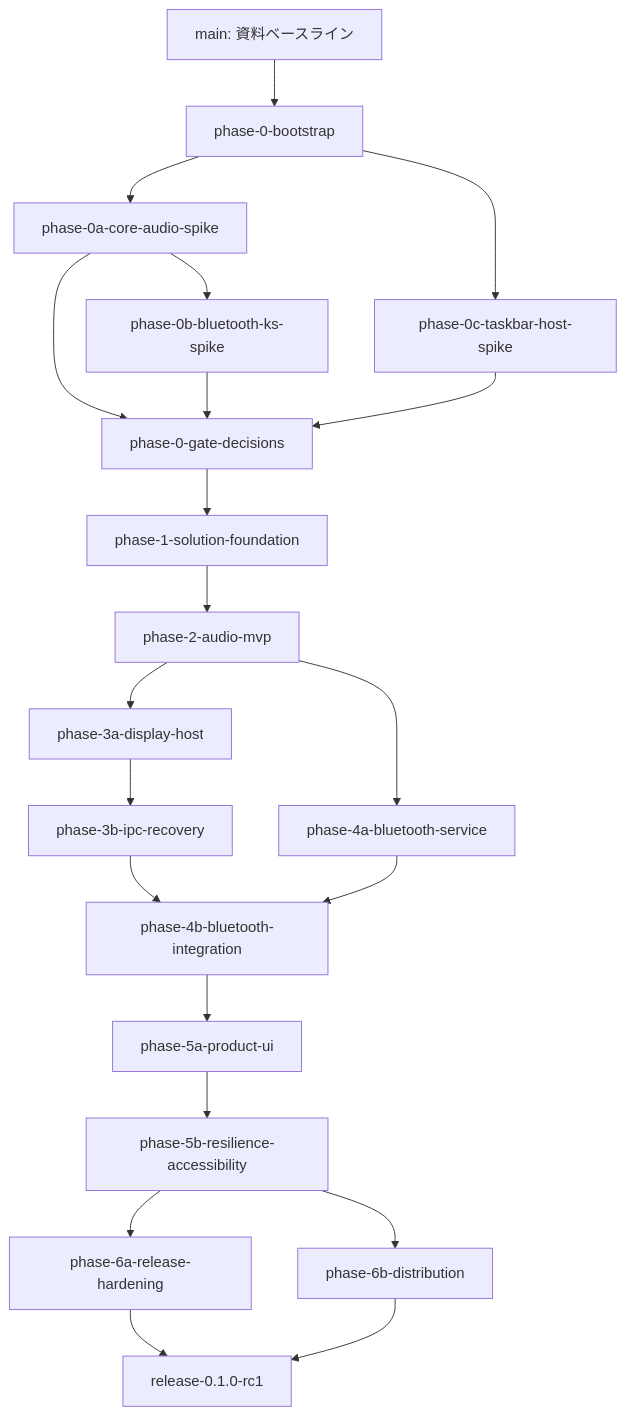
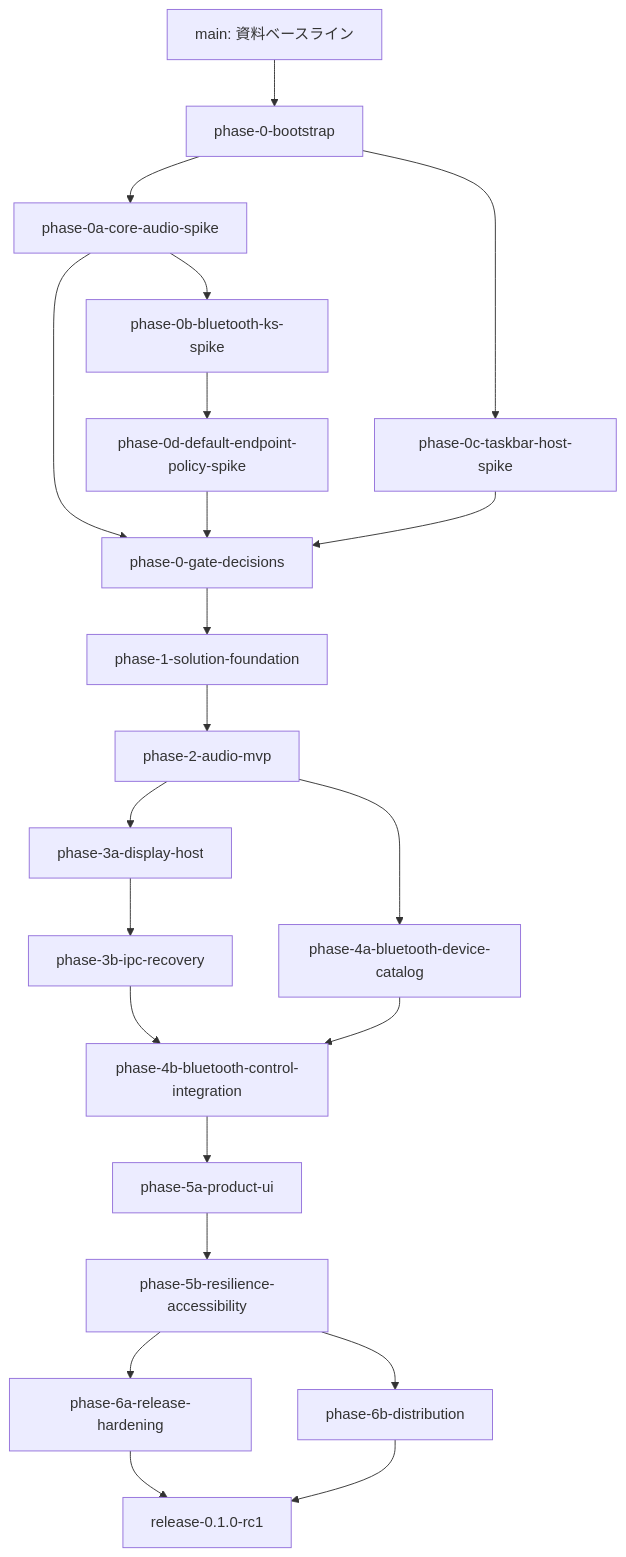
The diagram in docs/QuickPods_ブランチ別実装ロードマップ.md (rimtty/QuickPods), drawn with Mermaid before and after one commit. The commit also changed other lines of this file and 9 other files, not shown here.

Commit message:
docs(bluetooth): redesign multi-device selection flow

````diff
--- a/docs/QuickPods_ブランチ別実装ロードマップ.md
+++ b/docs/QuickPods_ブランチ別実装ロードマップ.md
@@ -72,23 +72,24 @@
 ```mermaid
 flowchart TD
     Seed["main: 資料ベースライン"] --> Bootstrap["phase-0-bootstrap"]
     Bootstrap --> AudioSpike["phase-0a-core-audio-spike"]
     Bootstrap --> TaskbarSpike["phase-0c-taskbar-host-spike"]
     AudioSpike --> BluetoothSpike["phase-0b-bluetooth-ks-spike"]
     AudioSpike --> Gate["phase-0-gate-decisions"]
-    BluetoothSpike --> Gate
+    BluetoothSpike --> DefaultPolicySpike["phase-0d-default-endpoint-policy-spike"]
+    DefaultPolicySpike --> Gate
     TaskbarSpike --> Gate
     Gate --> Foundation["phase-1-solution-foundation"]
     Foundation --> AudioMvp["phase-2-audio-mvp"]
     AudioMvp --> DisplayHost["phase-3a-display-host"]
-    AudioMvp --> BluetoothService["phase-4a-bluetooth-service"]
+    AudioMvp --> BluetoothService["phase-4a-bluetooth-device-catalog"]
     DisplayHost --> Runtime["phase-3b-ipc-recovery"]
-    Runtime --> BluetoothIntegration["phase-4b-bluetooth-integration"]
+    Runtime --> BluetoothIntegration["phase-4b-bluetooth-control-integration"]
     BluetoothService --> BluetoothIntegration
     BluetoothIntegration --> ProductUi["phase-5a-product-ui"]
     ProductUi --> Resilience["phase-5b-resilience-accessibility"]
     Resilience --> Hardening["phase-6a-release-hardening"]
     Resilience --> Distribution["phase-6b-distribution"]
     Hardening --> Release["release-0.1.0-rc1"]
     Distribution --> Release
 ```
````
